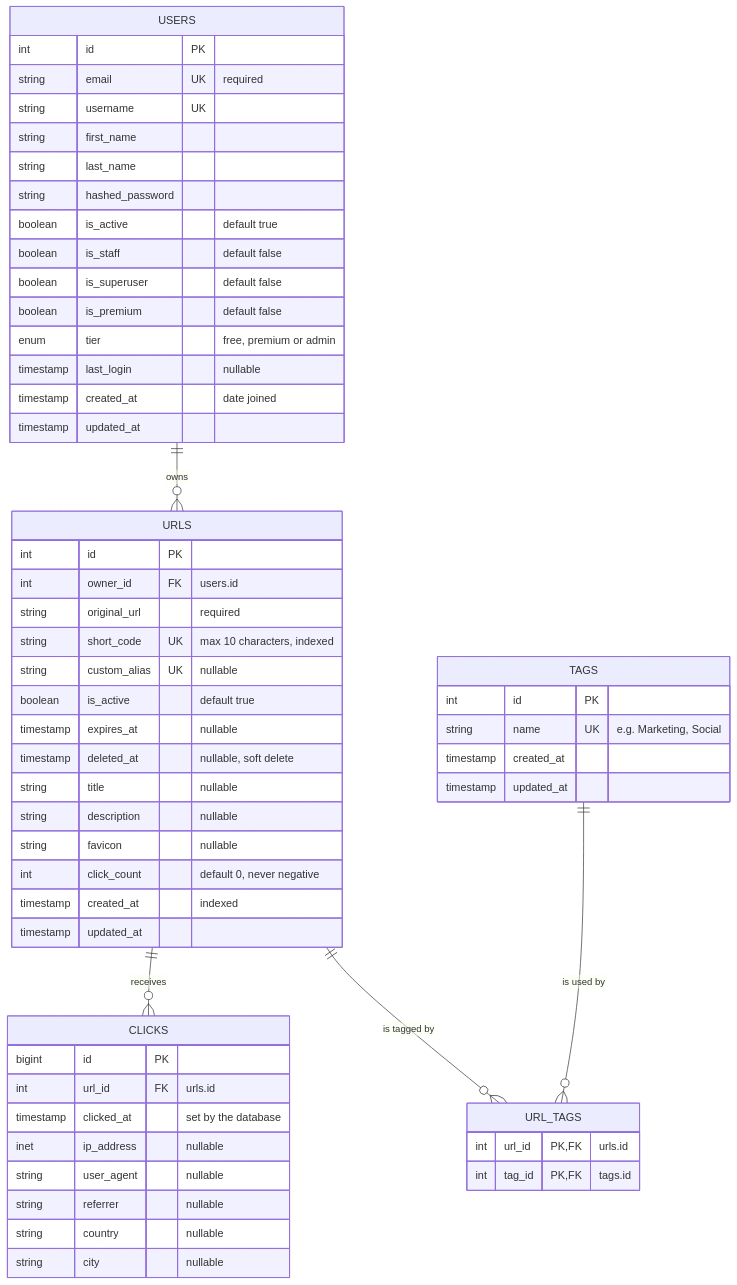
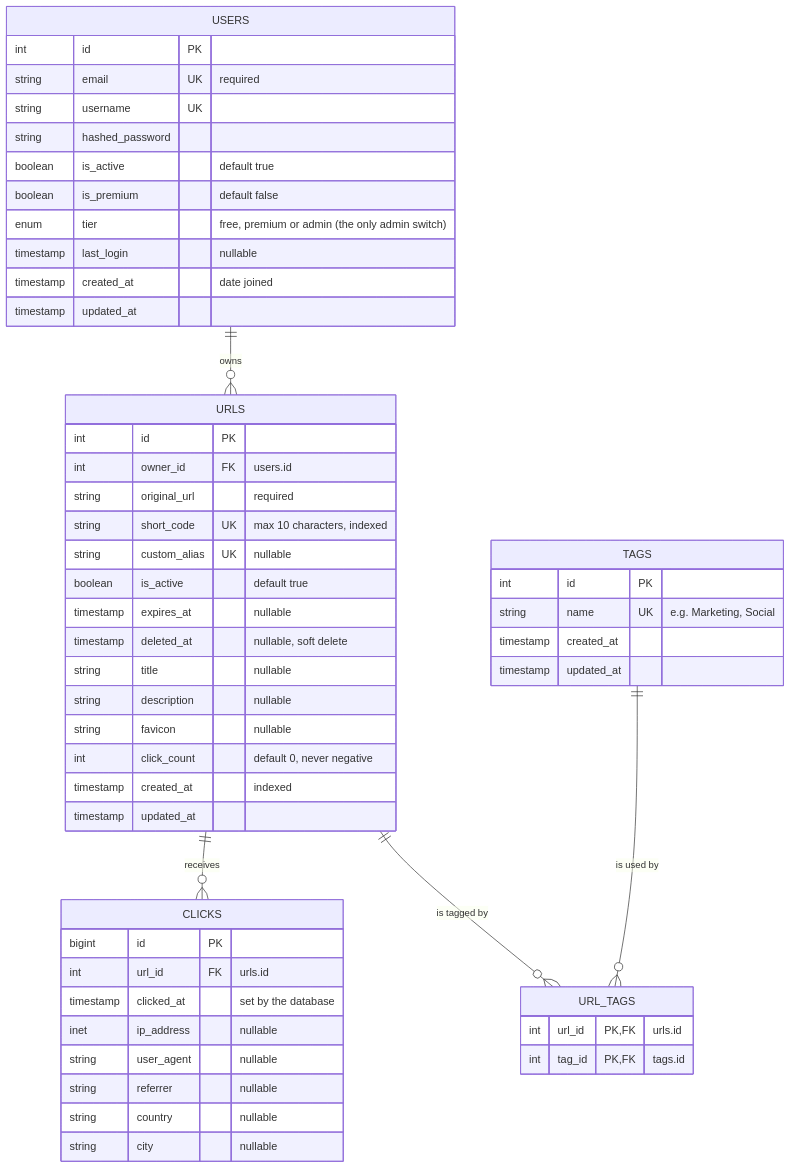
Before and after one commit to Aline-CROIRE/url-shortener-fastapi: the fourth of 4 diagrams in README.md, drawn with Mermaid. The commit also changed other lines of this file, not shown here.

````diff
--- a/README.md
+++ b/README.md
@@ -105,64 +105,60 @@
 ```mermaid
 erDiagram
     USERS ||--o{ URLS : "owns"
     URLS ||--o{ CLICKS : "receives"
     URLS ||--o{ URL_TAGS : "is tagged by"
     TAGS ||--o{ URL_TAGS : "is used by"
 
     USERS {
         int id PK
         string email UK "required"
         string username UK
-        string first_name
-        string last_name
         string hashed_password
         boolean is_active "default true"
-        boolean is_staff "default false"
-        boolean is_superuser "default false"
         boolean is_premium "default false"
-        enum tier "free, premium or admin"
+        enum tier "free, premium or admin (the only admin switch)"
         timestamp last_login "nullable"
         timestamp created_at "date joined"
         timestamp updated_at
     }
 
     URLS {
         int id PK
         int owner_id FK "users.id"
         string original_url "required"
         string short_code UK "max 10 characters, indexed"
         string custom_alias UK "nullable"
         boolean is_active "default true"
         timestamp expires_at "nullable"
         timestamp deleted_at "nullable, soft delete"
         string title "nullable"
         string description "nullable"
         string favicon "nullable"
         int click_count "default 0, never negative"
         timestamp created_at "indexed"
         timestamp updated_at
     }
 
     CLICKS {
         bigint id PK
         int url_id FK "urls.id"
         timestamp clicked_at "set by the database"
         inet ip_address "nullable"
         string user_agent "nullable"
         string referrer "nullable"
         string country "nullable"
         string city "nullable"
     }
 
     TAGS {
         int id PK
         string name UK "e.g. Marketing, Social"
         timestamp created_at
         timestamp updated_at
     }
 
     URL_TAGS {
         int url_id PK, FK "urls.id"
         int tag_id PK, FK "tags.id"
     }
 ```
````
